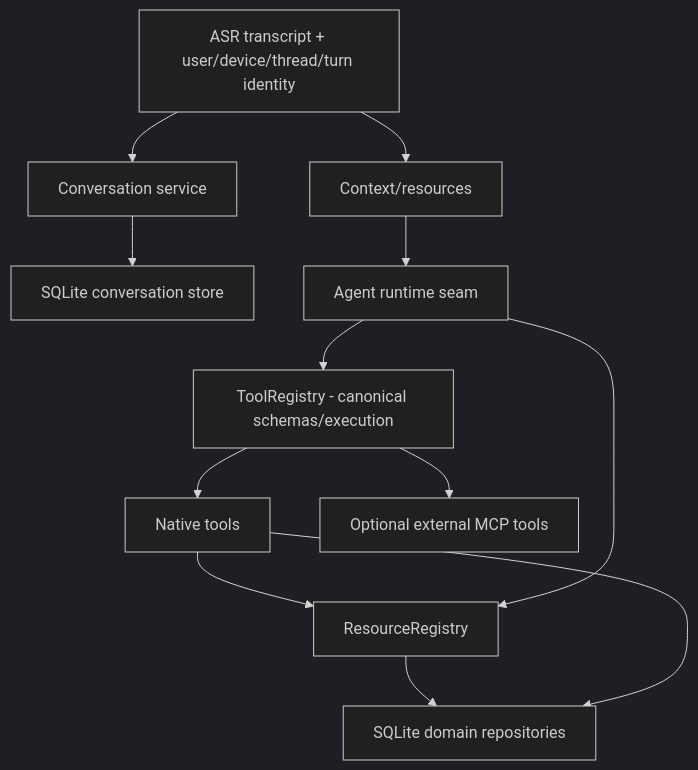
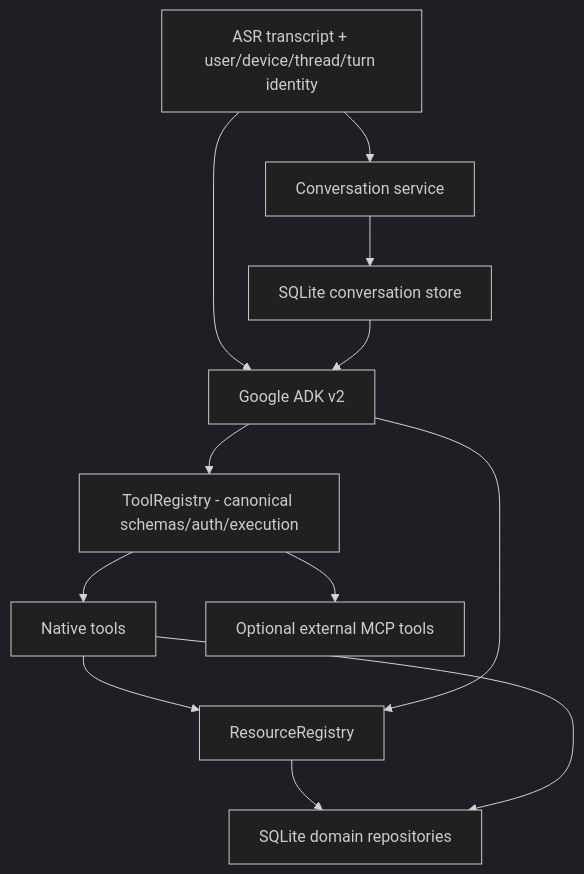
The diagram in docs/ARCHITECTURE.md (diepgiahuy/ai-companion), drawn with Mermaid (dark theme) before and after one commit. The commit also changed other lines of this file, not shown here.

Commit message:
docs(architecture): record single ADK agent path

````diff
--- a/docs/ARCHITECTURE.md
+++ b/docs/ARCHITECTURE.md
@@ -102,14 +41,14 @@
 ```mermaid
 flowchart TD
     Turn["ASR transcript + user/device/thread/turn identity"] --> Conversation["Conversation service"]
     Conversation --> History["SQLite conversation store"]
-    Turn --> Context["Context/resources"]
-    Context --> Agent["Agent runtime seam"]
-    Agent --> Tools["ToolRegistry - canonical schemas/execution"]
+    Turn --> Agent["Google ADK v2"]
+    History --> Agent
+    Agent --> Tools["ToolRegistry - canonical schemas/auth/execution"]
     Tools --> NativeTools["Native tools"]
     Tools --> MCPTools["Optional external MCP tools"]
     NativeTools --> Resources["ResourceRegistry"]
     Agent --> Resources
     Resources --> Domain["SQLite domain repositories"]
     NativeTools --> Domain
 ```
````
